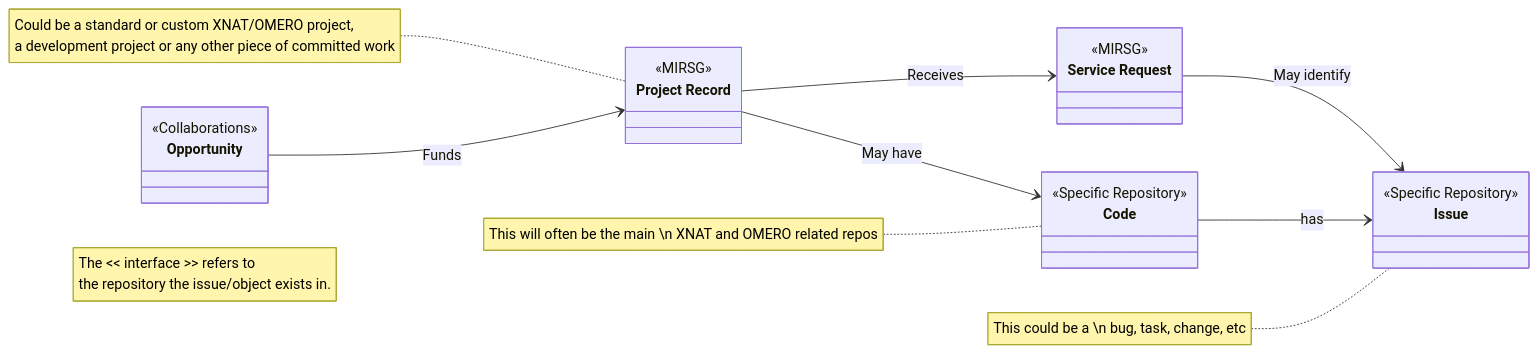
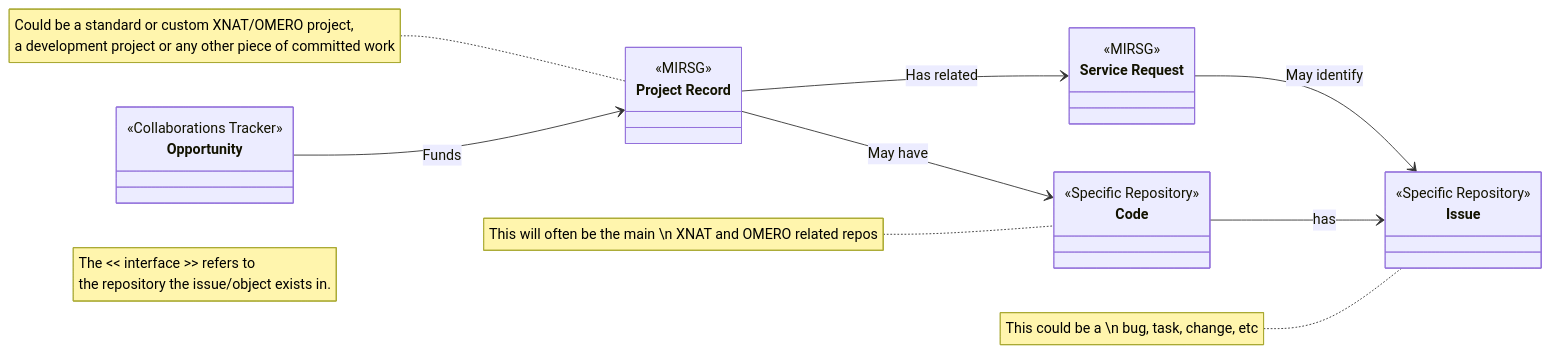
Before and after one commit to UCL-MIRSG/.github: the diagram in structure.md, drawn with Mermaid. The commit also changed 1 other file, not shown here.

Commit message:
Added missing links and clarified names

````diff
--- a/structure.md
+++ b/structure.md
@@ -3,40 +3,40 @@
 ```mermaid
 classDiagram
   direction LR
 
     class Opportunity{
-        <<Collaborations>>
+        <<Collaborations Tracker>>
     }
     
     class `Project Record`{
         <<MIRSG>> 
     }
     note for `Project Record` "Could be a standard or custom XNAT/OMERO project, 
                                a development project or any other piece of committed work"
     
     class `Service Request`{
         <<MIRSG>> 
     }
 
     class Issue{
         <<Specific Repository>> 
     }
     note for Issue "This could be a \n bug, task, change, etc"
 
     class Code{
         <<Specific Repository>> 
     }
     note for Code "This will often be the main \n XNAT and OMERO related repos"
 
     Opportunity  --> `Project Record` : Funds
-    `Project Record`  --> `Service Request`: Receives
+    `Project Record`  --> `Service Request`: Has related
     `Service Request` --> Issue: May identify
     `Project Record` --> Code: May have
     Code --> Issue: has
 
     note "The << interface >> refers to 
           the repository the issue/object exists in."
 
 
 
 ```
````
